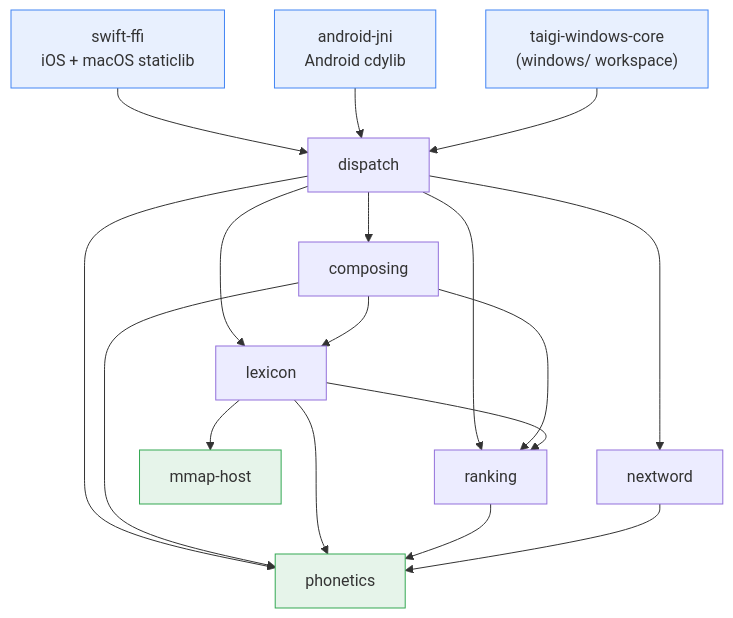
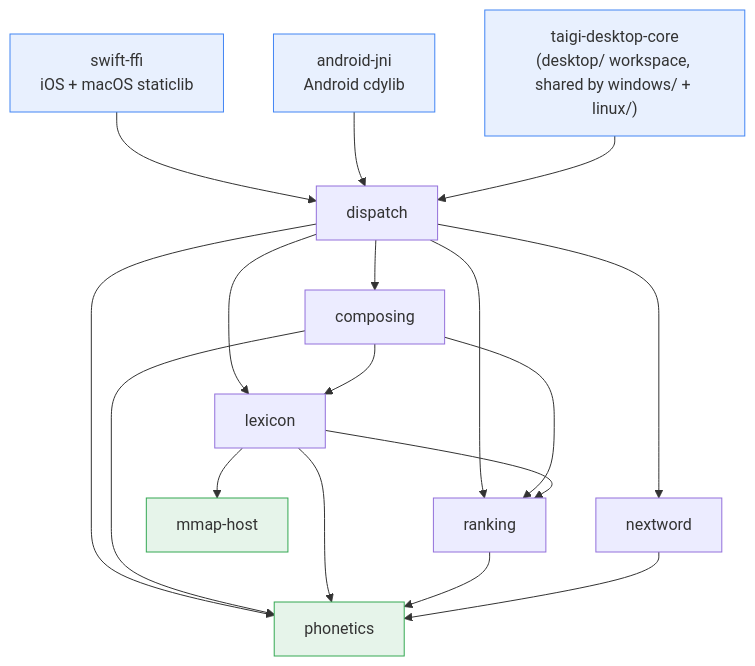
Before and after one commit to yapinxxx/taigikeyboard: the second of 4 diagrams in docs/architecture/system-overview.md, drawn with Mermaid. The commit also changed other lines of this file and 154 other files, not shown here.

````diff
--- a/docs/architecture/system-overview.md
+++ b/docs/architecture/system-overview.md
@@ -64,24 +64,24 @@
 ```mermaid
 graph TD
     swiftffi["swift-ffi<br/>iOS + macOS staticlib"] --> dispatch
     androidjni["android-jni<br/>Android cdylib"] --> dispatch
-    wincore["taigi-windows-core<br/>(windows/ workspace)"] --> dispatch
+    wincore["taigi-desktop-core<br/>(desktop/ workspace, shared by windows/ + linux/)"] --> dispatch
     dispatch --> composing
     dispatch --> lexicon
     dispatch --> ranking
     dispatch --> nextword
     dispatch --> phonetics
     composing --> lexicon
     composing --> ranking
     composing --> phonetics
     lexicon --> ranking
     lexicon --> phonetics
     lexicon --> mmaphost["mmap-host"]
     ranking --> phonetics
     nextword --> phonetics
 
     classDef adapter fill:#e8f0fe,stroke:#4285f4;
     classDef leaf fill:#e6f4ea,stroke:#34a853;
     class swiftffi,androidjni,wincore adapter;
     class phonetics,mmaphost leaf;
 ```
````
